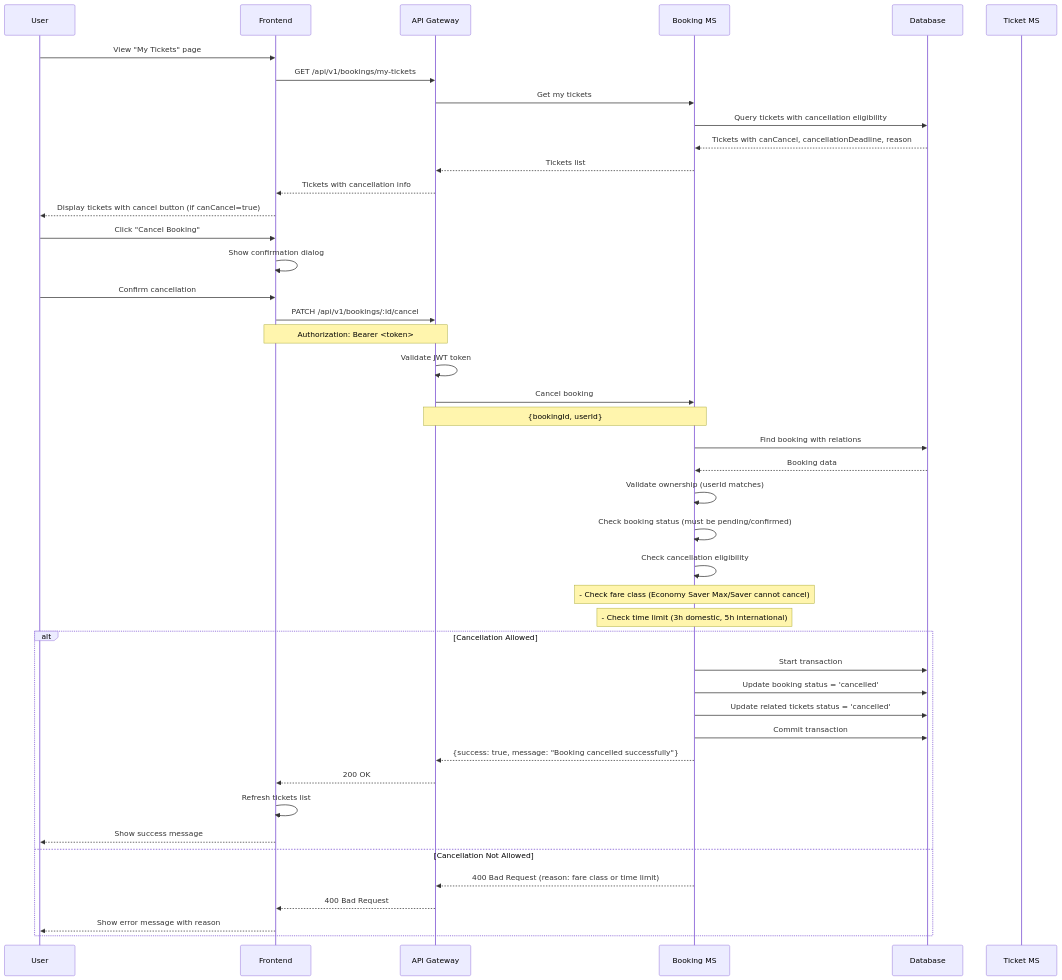
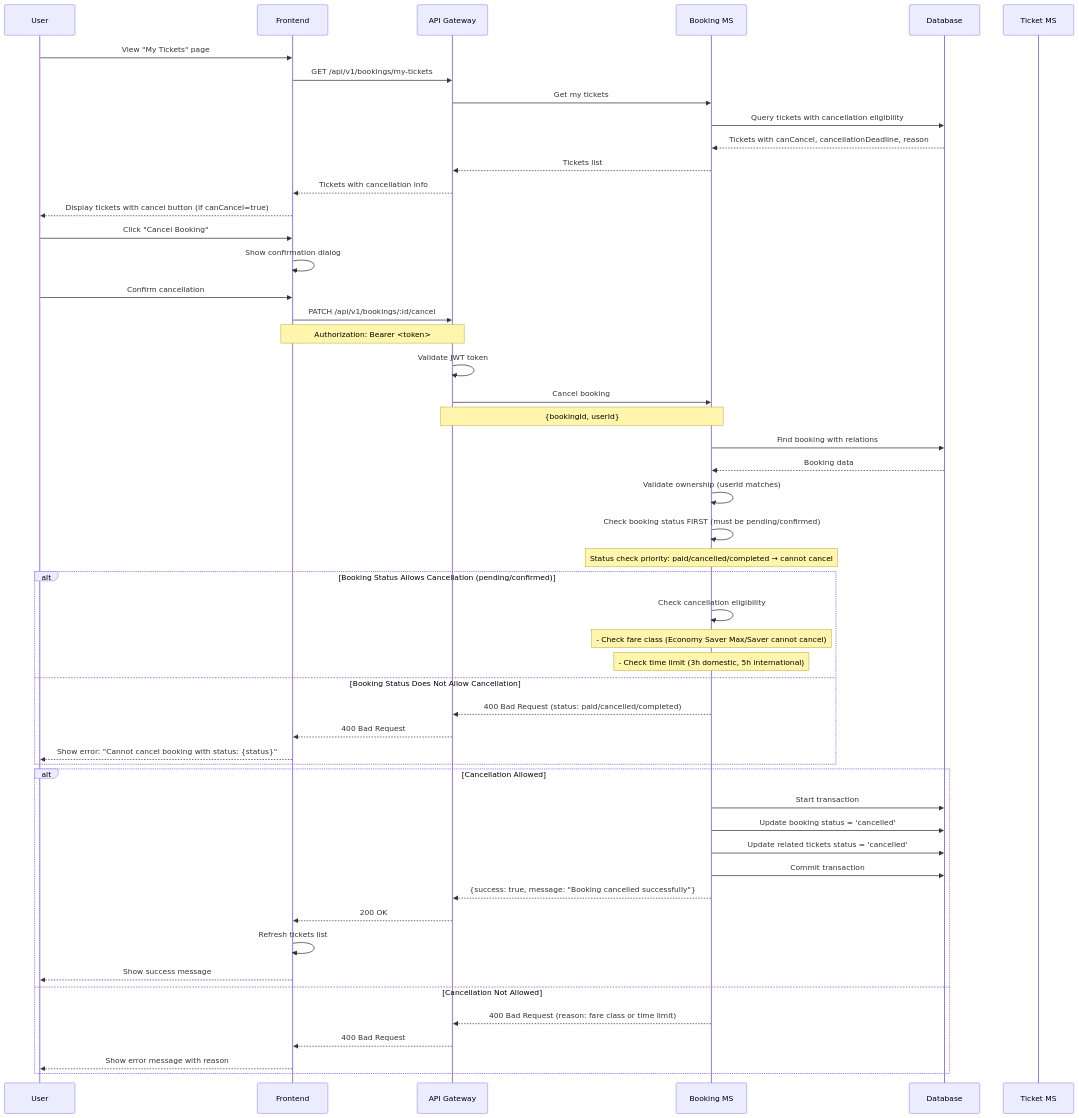
The ninth of 10 diagrams in docs/api/API_SEQUENCE_DIAGRAMS.md (Wanderlust-Air-Travel/be-flight-booking), drawn with Mermaid before and after one commit. The commit also changed 3 other files, not shown here.

Commit message:
fix: update booking cancellation logic to prioritize booking status checks; ensure frontend and backend consistency in cancellation eligibility and enhance API documentation for clarity

````diff
--- a/docs/api/API_SEQUENCE_DIAGRAMS.md
+++ b/docs/api/API_SEQUENCE_DIAGRAMS.md
@@ -403,53 +403,60 @@
 ```mermaid
 sequenceDiagram
     participant User
     participant Frontend
     participant API Gateway
     participant Booking MS
     participant Database
     participant Ticket MS
 
     User->>Frontend: View "My Tickets" page
     Frontend->>API Gateway: GET /api/v1/bookings/my-tickets
     API Gateway->>Booking MS: Get my tickets
     Booking MS->>Database: Query tickets with cancellation eligibility
     Database-->>Booking MS: Tickets with canCancel, cancellationDeadline, reason
     Booking MS-->>API Gateway: Tickets list
     API Gateway-->>Frontend: Tickets with cancellation info
     Frontend-->>User: Display tickets with cancel button (if canCancel=true)
 
     User->>Frontend: Click "Cancel Booking"
     Frontend->>Frontend: Show confirmation dialog
     User->>Frontend: Confirm cancellation
     
     Frontend->>API Gateway: PATCH /api/v1/bookings/:id/cancel
     Note over Frontend,API Gateway: Authorization: Bearer <token>
     
     API Gateway->>API Gateway: Validate JWT token
     API Gateway->>Booking MS: Cancel booking
     Note over API Gateway,Booking MS: {bookingId, userId}
     
     Booking MS->>Database: Find booking with relations
     Database-->>Booking MS: Booking data
     
     Booking MS->>Booking MS: Validate ownership (userId matches)
-    Booking MS->>Booking MS: Check booking status (must be pending/confirmed)
-    Booking MS->>Booking MS: Check cancellation eligibility
-    Note over Booking MS: - Check fare class (Economy Saver Max/Saver cannot cancel)
-    Note over Booking MS: - Check time limit (3h domestic, 5h international)
+    Booking MS->>Booking MS: Check booking status FIRST (must be pending/confirmed)
+    Note over Booking MS: Status check priority: paid/cancelled/completed → cannot cancel
+    alt Booking Status Allows Cancellation (pending/confirmed)
+        Booking MS->>Booking MS: Check cancellation eligibility
+        Note over Booking MS: - Check fare class (Economy Saver Max/Saver cannot cancel)
+        Note over Booking MS: - Check time limit (3h domestic, 5h international)
+    else Booking Status Does Not Allow Cancellation
+        Booking MS-->>API Gateway: 400 Bad Request (status: paid/cancelled/completed)
+        API Gateway-->>Frontend: 400 Bad Request
+        Frontend-->>User: Show error: "Cannot cancel booking with status: {status}"
+    end
     
     alt Cancellation Allowed
         Booking MS->>Database: Start transaction
         Booking MS->>Database: Update booking status = 'cancelled'
         Booking MS->>Database: Update related tickets status = 'cancelled'
         Booking MS->>Database: Commit transaction
         Booking MS-->>API Gateway: {success: true, message: "Booking cancelled successfully"}
         API Gateway-->>Frontend: 200 OK
         Frontend->>Frontend: Refresh tickets list
         Frontend-->>User: Show success message
     else Cancellation Not Allowed
         Booking MS-->>API Gateway: 400 Bad Request (reason: fare class or time limit)
         API Gateway-->>Frontend: 400 Bad Request
         Frontend-->>User: Show error message with reason
     end
 ```
````
